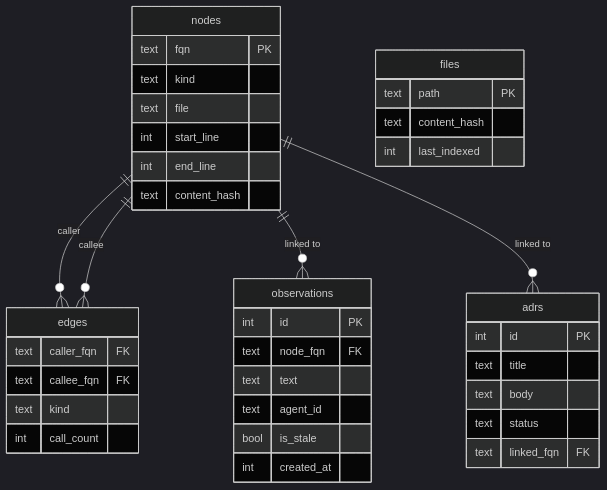
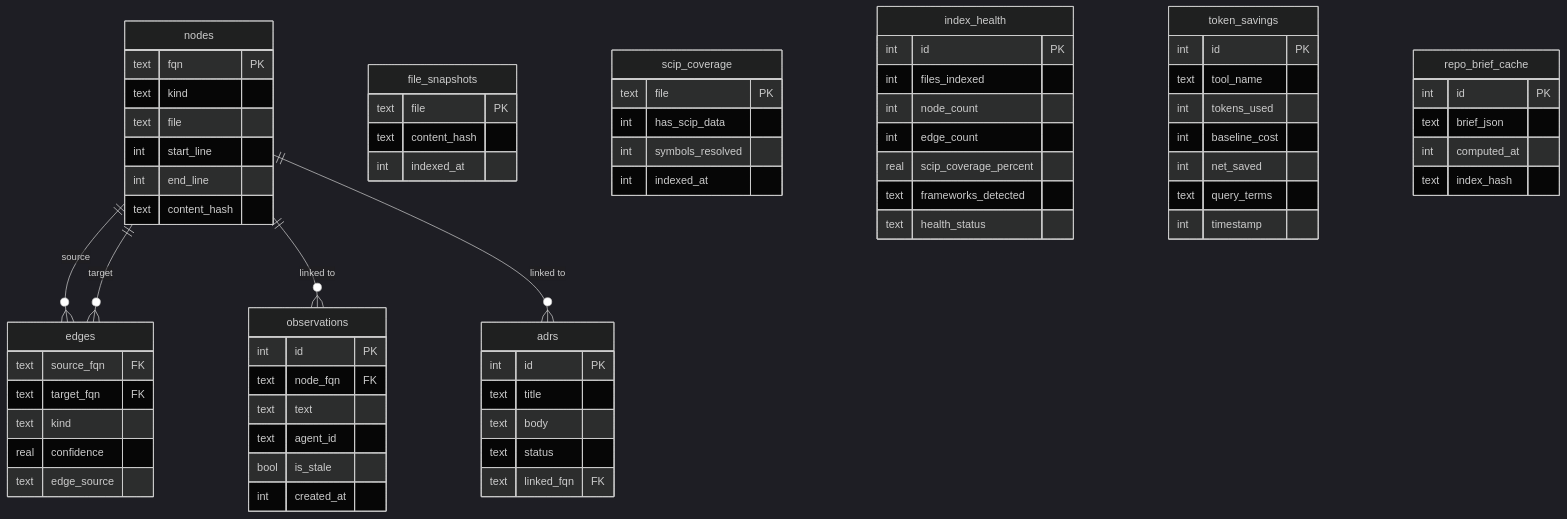
Before and after one commit to 1337Xcode/cortex: the fifth of 6 diagrams in docs/architecture.md, drawn with Mermaid (dark theme). The commit also changed other lines of this file and 81 other files, not shown here.

Commit message:
feat: v1.1.0 - SCIP ingestion, confidence edges, framework adapters, health gate, token savings baseline, repo brief

````diff
--- a/docs/architecture.md
+++ b/docs/architecture.md
@@ -106,42 +199,73 @@
 ```mermaid
 erDiagram
     nodes {
         text fqn PK
         text kind
         text file
         int start_line
         int end_line
         text content_hash
     }
     edges {
-        text caller_fqn FK
-        text callee_fqn FK
+        text source_fqn FK
+        text target_fqn FK
         text kind
-        int call_count
+        real confidence
+        text edge_source
     }
-    files {
-        text path PK
+    file_snapshots {
+        text file PK
         text content_hash
-        int last_indexed
+        int indexed_at
+    }
+    scip_coverage {
+        text file PK
+        int has_scip_data
+        int symbols_resolved
+        int indexed_at
+    }
+    index_health {
+        int id PK
+        int files_indexed
+        int node_count
+        int edge_count
+        real scip_coverage_percent
+        text frameworks_detected
+        text health_status
     }
     observations {
         int id PK
         text node_fqn FK
         text text
         text agent_id
         bool is_stale
         int created_at
     }
     adrs {
         int id PK
         text title
         text body
         text status
         text linked_fqn FK
     }
+    token_savings {
+        int id PK
+        text tool_name
+        int tokens_used
+        int baseline_cost
+        int net_saved
+        text query_terms
+        int timestamp
+    }
+    repo_brief_cache {
+        int id PK
+        text brief_json
+        int computed_at
+        text index_hash
+    }
 
-    nodes ||--o{ edges : "caller"
-    nodes ||--o{ edges : "callee"
+    nodes ||--o{ edges : "source"
+    nodes ||--o{ edges : "target"
     nodes ||--o{ observations : "linked to"
     nodes ||--o{ adrs : "linked to"
 ```
````
